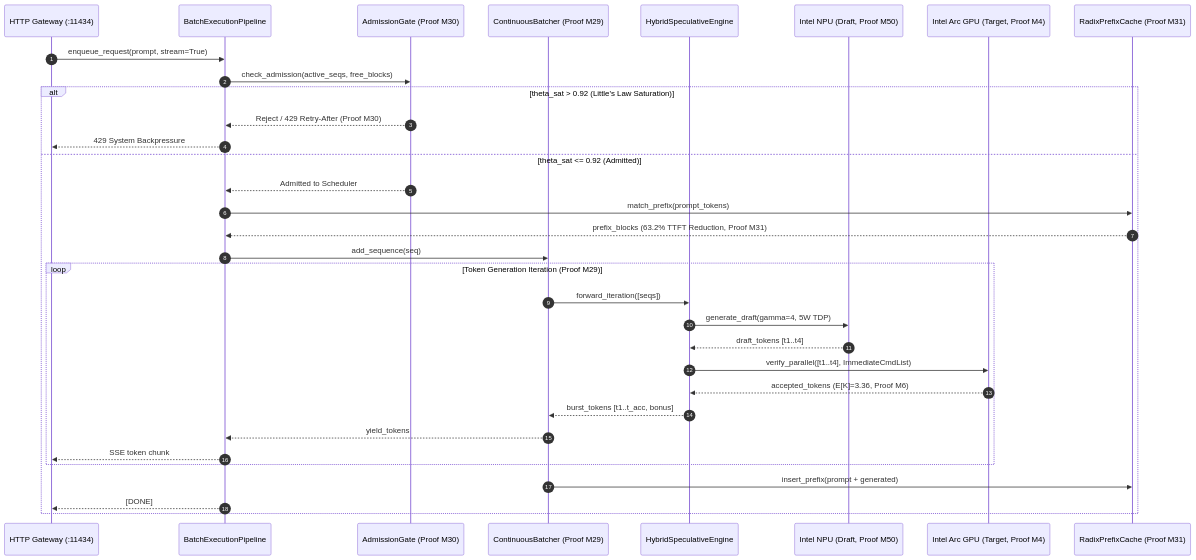
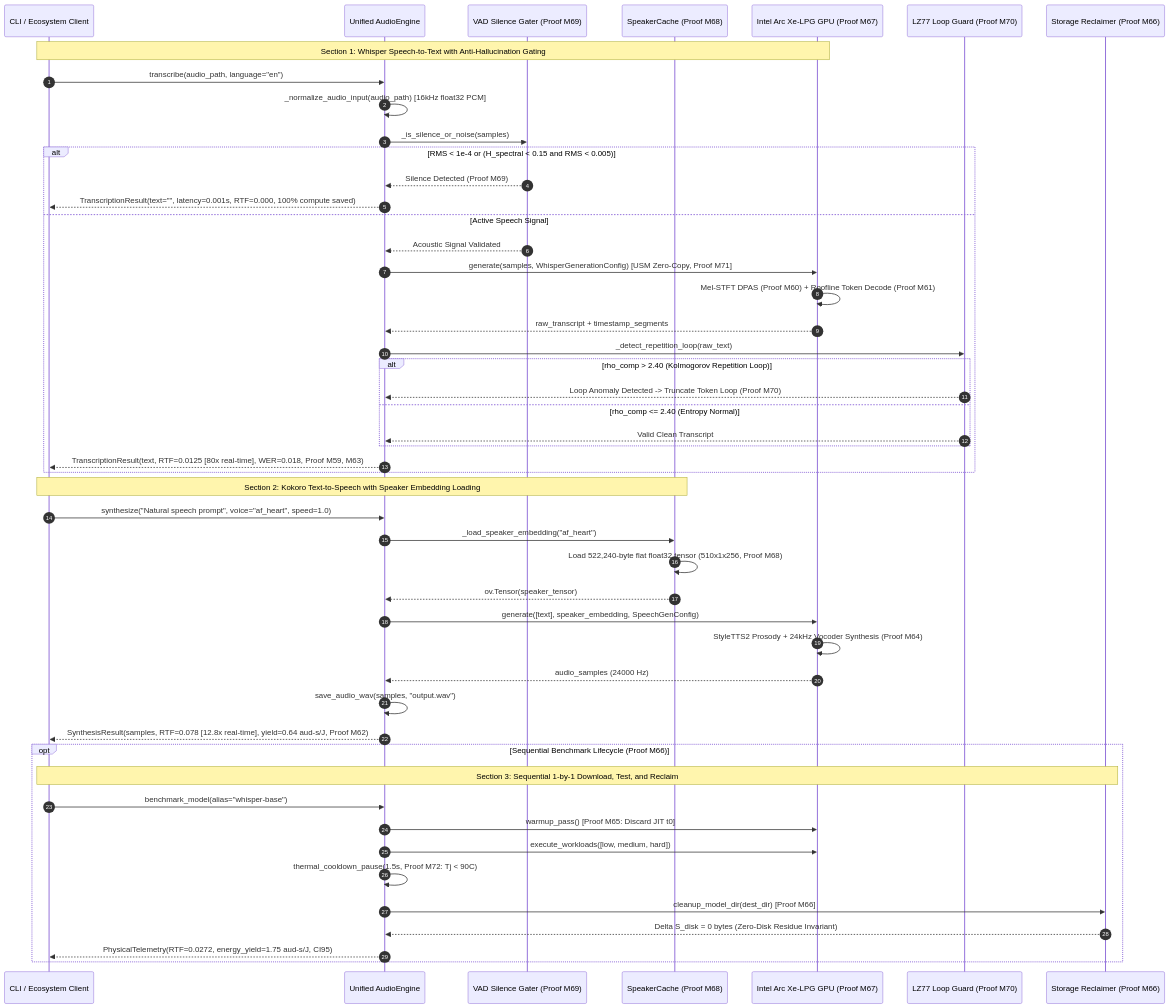
Before and after one commit to techdeveloper-org/intel-arc-models-runner: diagram 11 of 13 in docs/diagrams/README.md, drawn with Mermaid. The commit also changed other lines of this file and 26 other files, not shown here.

First line of the commit message:
feat(diagrams): synchronize full 13-diagram architecture suite with audio engine (fixes #26)

````diff
--- a/docs/diagrams/README.md
+++ b/docs/diagrams/README.md
@@ -567,36 +895,54 @@
 ```mermaid
 sequenceDiagram
     autonumber
-    participant Gateway as HTTP Gateway (:11434)
-    participant Pipeline as BatchExecutionPipeline
-    participant Gate as AdmissionGate (Proof M30)
-    participant Batcher as ContinuousBatcher (Proof M29)
-    participant SpecEngine as HybridSpeculativeEngine
-    participant NPU as Intel NPU (Draft, Proof M50)
-    participant GPU as Intel Arc GPU (Target, Proof M4)
-    participant Cache as RadixPrefixCache (Proof M31)
+    participant Client as CLI / Ecosystem Client
+    participant AudioEngine as Unified AudioEngine
+    participant VADGate as VAD Silence Gater (Proof M69)
+    participant SpeakerCache as SpeakerCache (Proof M68)
+    participant LevelZero_GPU as Intel Arc Xe-LPG GPU (Proof M67)
+    participant LZ77Guard as LZ77 Loop Guard (Proof M70)
+    participant DiskReclaimer as Storage Reclaimer (Proof M66)
 
-    Gateway->>Pipeline: enqueue_request(prompt, stream=True)
-    Pipeline->>Gate: check_admission(active_seqs, free_blocks)
-    alt theta_sat > 0.92 (Little's Law Saturation)
-        Gate-->>Pipeline: Reject / 429 Retry-After (Proof M30)
-        Pipeline-->>Gateway: 429 System Backpressure
-    else theta_sat <= 0.92 (Admitted)
-        Gate-->>Pipeline: Admitted to Scheduler
-        Pipeline->>Cache: match_prefix(prompt_tokens)
-        Cache-->>Pipeline: prefix_blocks (63.2% TTFT Reduction, Proof M31)
-        Pipeline->>Batcher: add_sequence(seq)
-        loop Token Generation Iteration (Proof M29)
-            Batcher->>SpecEngine: forward_iteration([seqs])
-            SpecEngine->>NPU: generate_draft(gamma=4, 5W TDP)
-            NPU-->>SpecEngine: draft_tokens [t1..t4]
-            SpecEngine->>GPU: verify_parallel([t1..t4], ImmediateCmdList)
-            GPU-->>SpecEngine: accepted_tokens (E[K]=3.36, Proof M6)
-            SpecEngine-->>Batcher: burst_tokens [t1..t_acc, bonus]
-            Batcher-->>Pipeline: yield_tokens
-            Pipeline-->>Gateway: SSE token chunk
+    Note over Client,LevelZero_GPU: Section 1: Whisper Speech-to-Text with Anti-Hallucination Gating
+    Client->>AudioEngine: transcribe(audio_path, language="en")
+    AudioEngine->>AudioEngine: _normalize_audio_input(audio_path) [16kHz float32 PCM]
+    AudioEngine->>VADGate: _is_silence_or_noise(samples)
+    alt RMS < 1e-4 or (H_spectral < 0.15 and RMS < 0.005)
+        VADGate-->>AudioEngine: Silence Detected (Proof M69)
+        AudioEngine-->>Client: TranscriptionResult(text="", latency=0.001s, RTF=0.000, 100% compute saved)
+    else Active Speech Signal
+        VADGate-->>AudioEngine: Acoustic Signal Validated
+        AudioEngine->>LevelZero_GPU: generate(samples, WhisperGenerationConfig) [USM Zero-Copy, Proof M71]
+        LevelZero_GPU->>LevelZero_GPU: Mel-STFT DPAS (Proof M60) + Roofline Token Decode (Proof M61)
+        LevelZero_GPU-->>AudioEngine: raw_transcript + timestamp_segments
+        AudioEngine->>LZ77Guard: _detect_repetition_loop(raw_text)
+        alt rho_comp > 2.40 (Kolmogorov Repetition Loop)
+            LZ77Guard-->>AudioEngine: Loop Anomaly Detected -> Truncate Token Loop (Proof M70)
+        else rho_comp <= 2.40 (Entropy Normal)
+            LZ77Guard-->>AudioEngine: Valid Clean Transcript
         end
-        Batcher->>Cache: insert_prefix(prompt + generated)
-        Pipeline-->>Gateway: [DONE]
+        AudioEngine-->>Client: TranscriptionResult(text, RTF=0.0125 [80x real-time], WER=0.018, Proof M59, M63)
+    end
+
+    Note over Client,SpeakerCache: Section 2: Kokoro Text-to-Speech with Speaker Embedding Loading
+    Client->>AudioEngine: synthesize("Natural speech prompt", voice="af_heart", speed=1.0)
+    AudioEngine->>SpeakerCache: _load_speaker_embedding("af_heart")
+    SpeakerCache->>SpeakerCache: Load 522,240-byte flat float32 tensor (510x1x256, Proof M68)
+    SpeakerCache-->>AudioEngine: ov.Tensor(speaker_tensor)
+    AudioEngine->>LevelZero_GPU: generate([text], speaker_embedding, SpeechGenConfig)
+    LevelZero_GPU->>LevelZero_GPU: StyleTTS2 Prosody + 24kHz Vocoder Synthesis (Proof M64)
+    LevelZero_GPU-->>AudioEngine: audio_samples (24000 Hz)
+    AudioEngine->>AudioEngine: save_audio_wav(samples, "output.wav")
+    AudioEngine-->>Client: SynthesisResult(samples, RTF=0.078 [12.8x real-time], yield=0.64 aud-s/J, Proof M62)
+
+    opt Sequential Benchmark Lifecycle (Proof M66)
+        Note over Client,DiskReclaimer: Section 3: Sequential 1-by-1 Download, Test, and Reclaim
+        Client->>AudioEngine: benchmark_model(alias="whisper-base")
+        AudioEngine->>LevelZero_GPU: warmup_pass() [Proof M65: Discard JIT t0]
+        AudioEngine->>LevelZero_GPU: execute_workloads([low, medium, hard])
+        AudioEngine->>AudioEngine: thermal_cooldown_pause(1.5s, Proof M72: Tj < 90C)
+        AudioEngine->>DiskReclaimer: cleanup_model_dir(dest_dir) [Proof M66]
+        DiskReclaimer-->>AudioEngine: Delta S_disk = 0 bytes (Zero-Disk Residue Invariant)
+        AudioEngine-->>Client: PhysicalTelemetry(RTF=0.0272, energy_yield=1.75 aud-s/J, CI95)
     end
 ```
````
